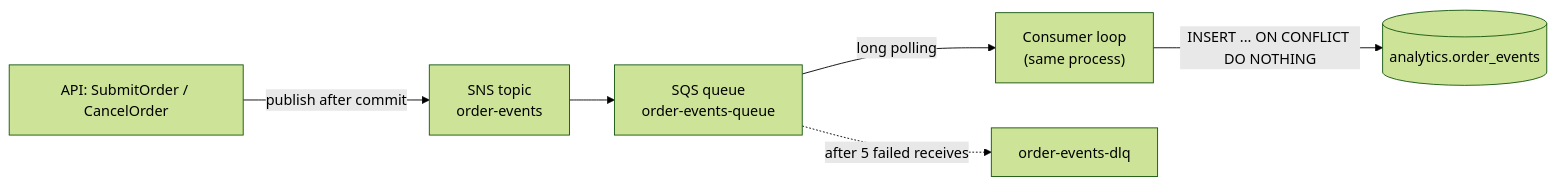
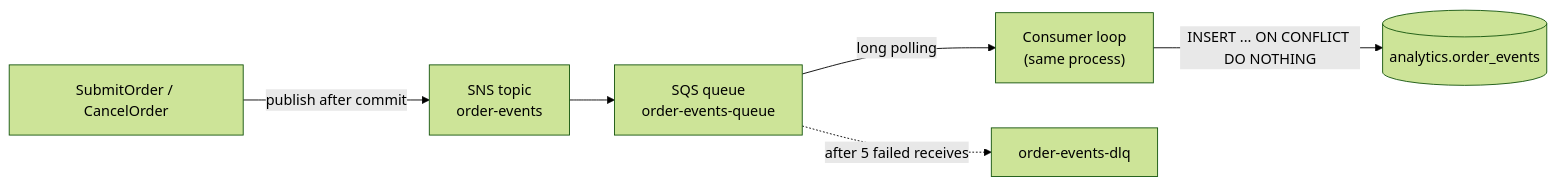
One commit to Samuel0023/cocos-challenge changed the second of 3 diagrams in docs/architecture.md. Above: the diagram before and after it, drawn with Mermaid (forest theme). The commit also changed other lines of this file and 25 other files, not shown here.

````diff
--- a/docs/architecture.md
+++ b/docs/architecture.md
@@ -131,8 +67,8 @@
 ```mermaid
 flowchart LR
-  API["API: SubmitOrder / CancelOrder"] -- "publish after commit" --> T["SNS topic<br/>order-events"]
+  API["SubmitOrder / CancelOrder"] -- "publish after commit" --> T["SNS topic<br/>order-events"]
   T --> Q["SQS queue<br/>order-events-queue"]
   Q -- "long polling" --> C["Consumer loop<br/>(same process)"]
   C -- "INSERT ... ON CONFLICT DO NOTHING" --> AN[("analytics.order_events")]
   Q -. "after 5 failed receives" .-> DLQ["order-events-dlq"]
 ```
````
